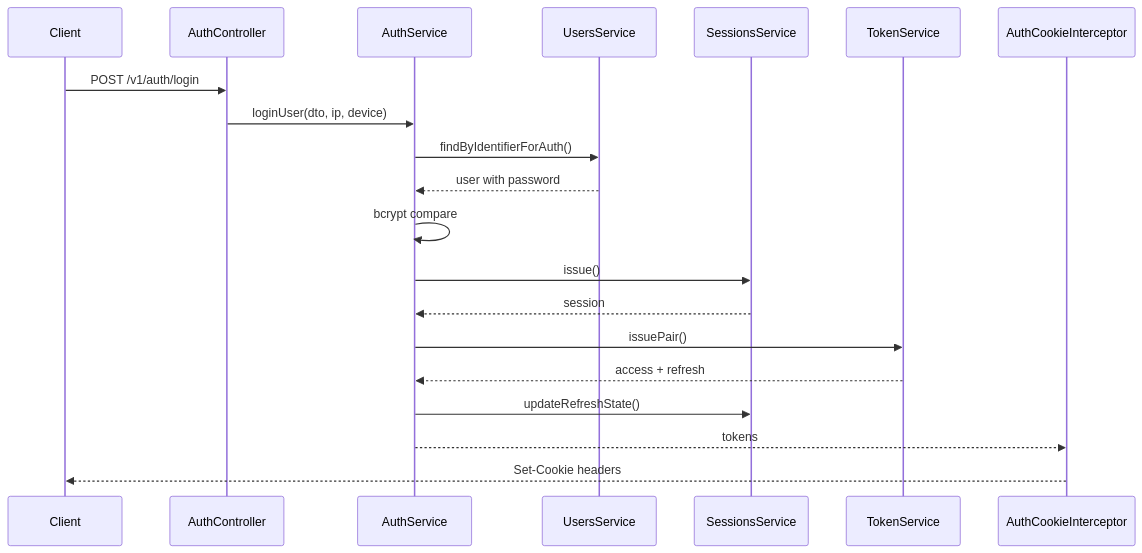
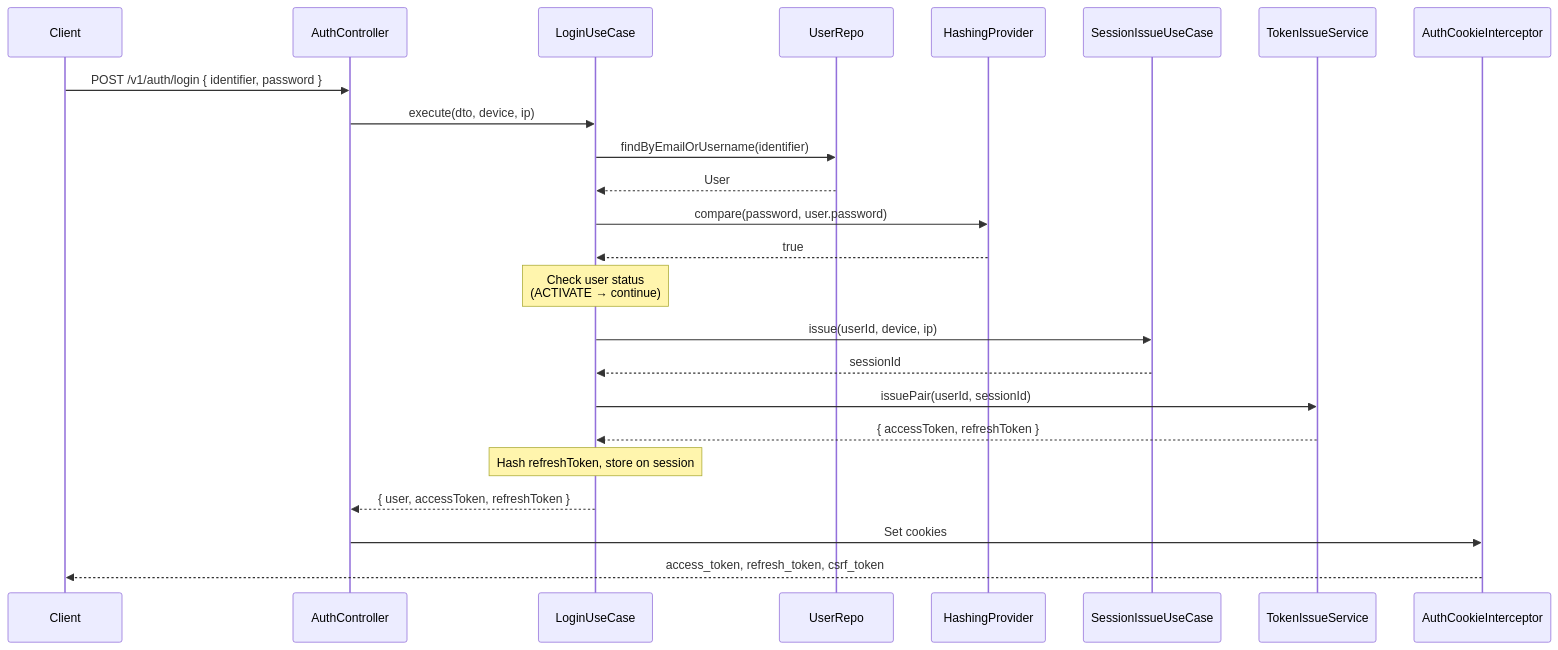
The second of 7 diagrams in docs/diagrams.md (l1mindr/nest-backend), drawn with Mermaid before and after one commit. The commit also changed other lines of this file and 19 other files, not shown here.

Commit message:
docs(architecture): update project documentation after architecture refactor

````diff
--- a/docs/diagrams.md
+++ b/docs/diagrams.md
@@ -32,23 +54,33 @@
 ```mermaid
 sequenceDiagram
-  participant Client
-  participant AuthController
-  participant AuthService
-  participant UsersService
-  participant SessionsService
-  participant TokenService
-  participant Cookies as AuthCookieInterceptor
+    participant Client
+    participant AuthController
+    participant LoginUseCase
+    participant UserRepo
+    participant HashingProvider
+    participant SessionIssueUseCase
+    participant TokenIssueService
+    participant AuthCookieInterceptor
 
-  Client->>AuthController: POST /v1/auth/login
-  AuthController->>AuthService: loginUser(dto, ip, device)
-  AuthService->>UsersService: findByIdentifierForAuth()
-  UsersService-->>AuthService: user with password
-  AuthService->>AuthService: bcrypt compare
-  AuthService->>SessionsService: issue()
-  SessionsService-->>AuthService: session
-  AuthService->>TokenService: issuePair()
-  TokenService-->>AuthService: access + refresh
-  AuthService->>SessionsService: updateRefreshState()
-  AuthService-->>Cookies: tokens
-  Cookies-->>Client: Set-Cookie headers
+    Client->>AuthController: POST /v1/auth/login { identifier, password }
+    AuthController->>LoginUseCase: execute(dto, device, ip)
+    LoginUseCase->>UserRepo: findByEmailOrUsername(identifier)
+    UserRepo-->>LoginUseCase: User
+
+    LoginUseCase->>HashingProvider: compare(password, user.password)
+    HashingProvider-->>LoginUseCase: true
+
+    Note over LoginUseCase: Check user status<br/>(ACTIVATE → continue)
+
+    LoginUseCase->>SessionIssueUseCase: issue(userId, device, ip)
+    SessionIssueUseCase-->>LoginUseCase: sessionId
+
+    LoginUseCase->>TokenIssueService: issuePair(userId, sessionId)
+    TokenIssueService-->>LoginUseCase: { accessToken, refreshToken }
+
+    Note over LoginUseCase: Hash refreshToken, store on session
+
+    LoginUseCase-->>AuthController: { user, accessToken, refreshToken }
+    AuthController->>AuthCookieInterceptor: Set cookies
+    AuthCookieInterceptor-->>Client: access_token, refresh_token, csrf_token
 ```
````
